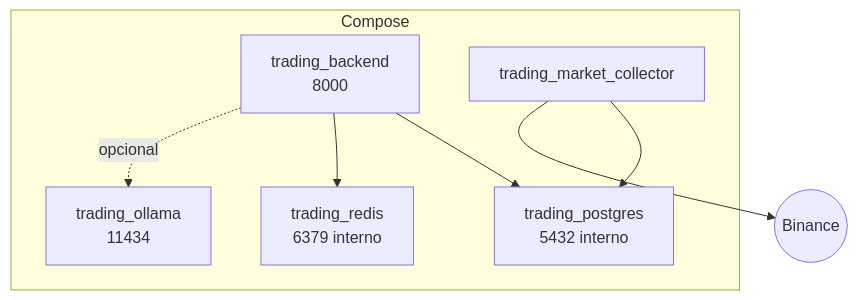
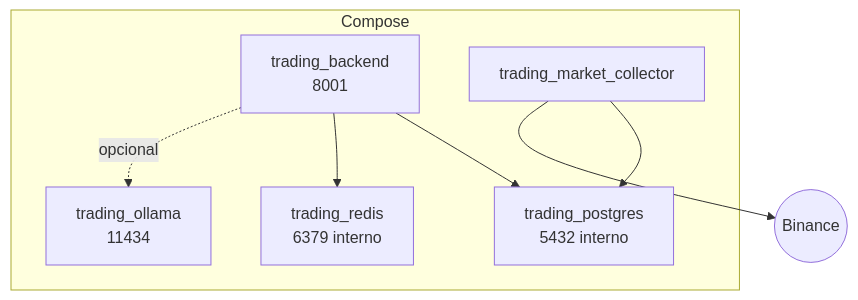
Before and after one commit to powerlok/tradeai: the third of 7 diagrams in docs/ARCHITECTURE.md, drawn with Mermaid. The commit also changed other lines of this file and 85 other files, not shown here.

````diff
--- a/docs/ARCHITECTURE.md
+++ b/docs/ARCHITECTURE.md
@@ -135,15 +136,15 @@
 ```mermaid
 graph TB
     subgraph Compose
-        Backend[trading_backend\n8000]
+        Backend[trading_backend\n8001]
         Collector[trading_market_collector]
         DB[trading_postgres\n5432 interno]
         Cache[trading_redis\n6379 interno]
         LLM[trading_ollama\n11434]
     end
     Backend --> DB
     Backend --> Cache
     Collector --> DB
     Collector --> Binance((Binance))
     Backend -. opcional .-> LLM
 ```
````
